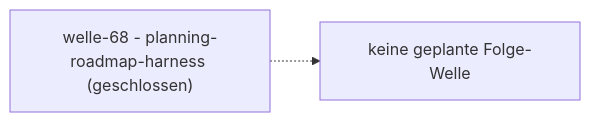
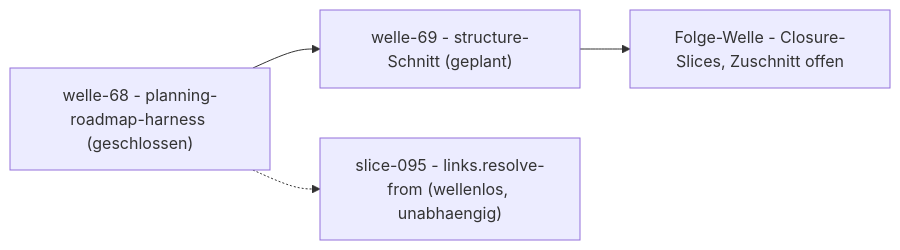
Before and after one commit to pt9912/d-check: the diagram in docs/plan/planning/in-progress/roadmap.md, drawn with Mermaid. The commit also changed other lines of this file and 4 other files, not shown here.

First line of the commit message:
docs(plan): Backlog-Schnitt-Review eingearbeitet — Reihenfolge umgekehrt (slice-096)

````diff
--- a/docs/plan/planning/in-progress/roadmap.md
+++ b/docs/plan/planning/in-progress/roadmap.md
@@ -49,6 +50,10 @@
 ```mermaid
 flowchart LR
     W68["welle-68 - planning-roadmap-harness (geschlossen)"]
-    N["keine geplante Folge-Welle"]
-    W68 -.-> N
+    W69["welle-69 - structure-Schnitt (geplant)"]
+    WF["Folge-Welle - Closure-Slices, Zuschnitt offen"]
+    S95["slice-095 - links.resolve-from (wellenlos, unabhaengig)"]
+    W68 --> W69
+    W69 --> WF
+    W68 -.-> S95
 ```
````
